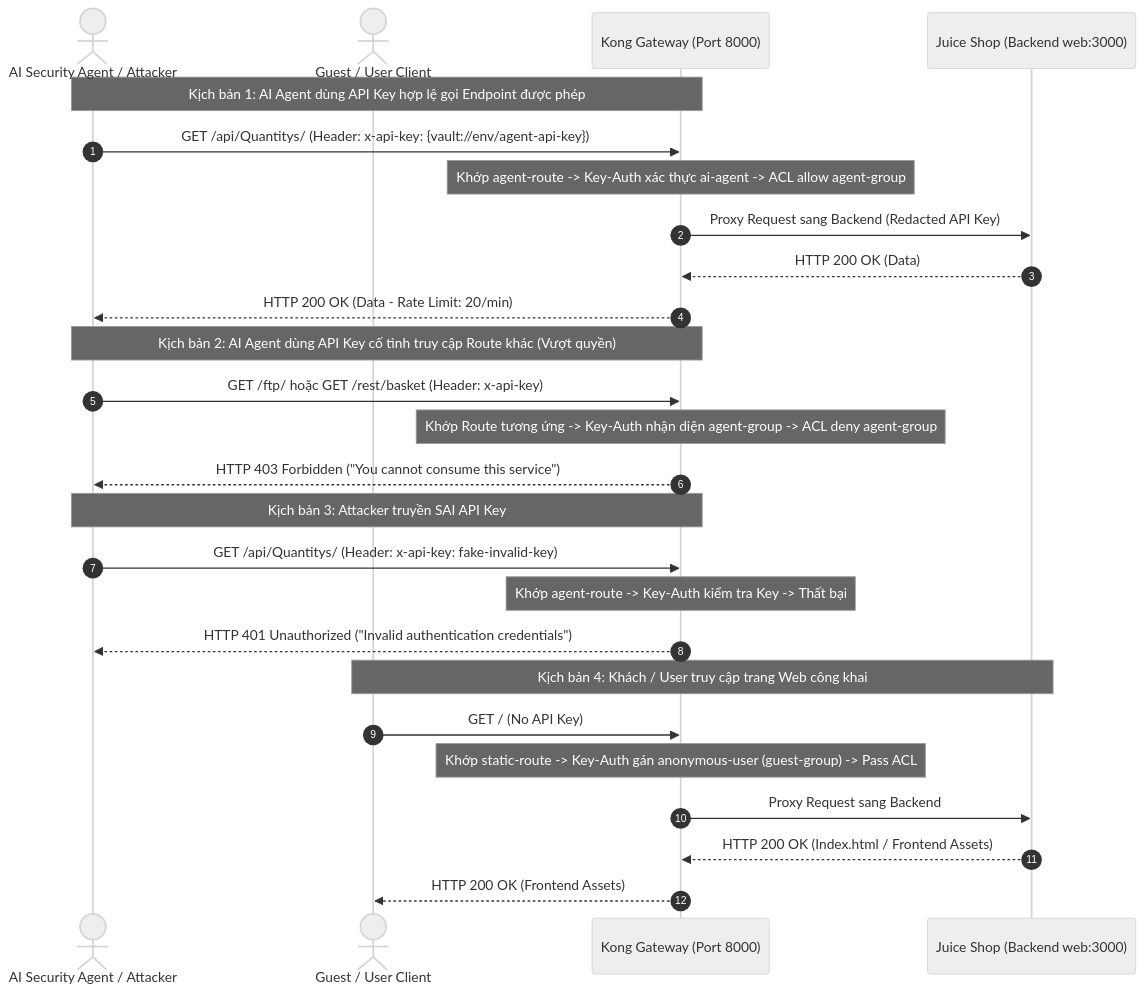
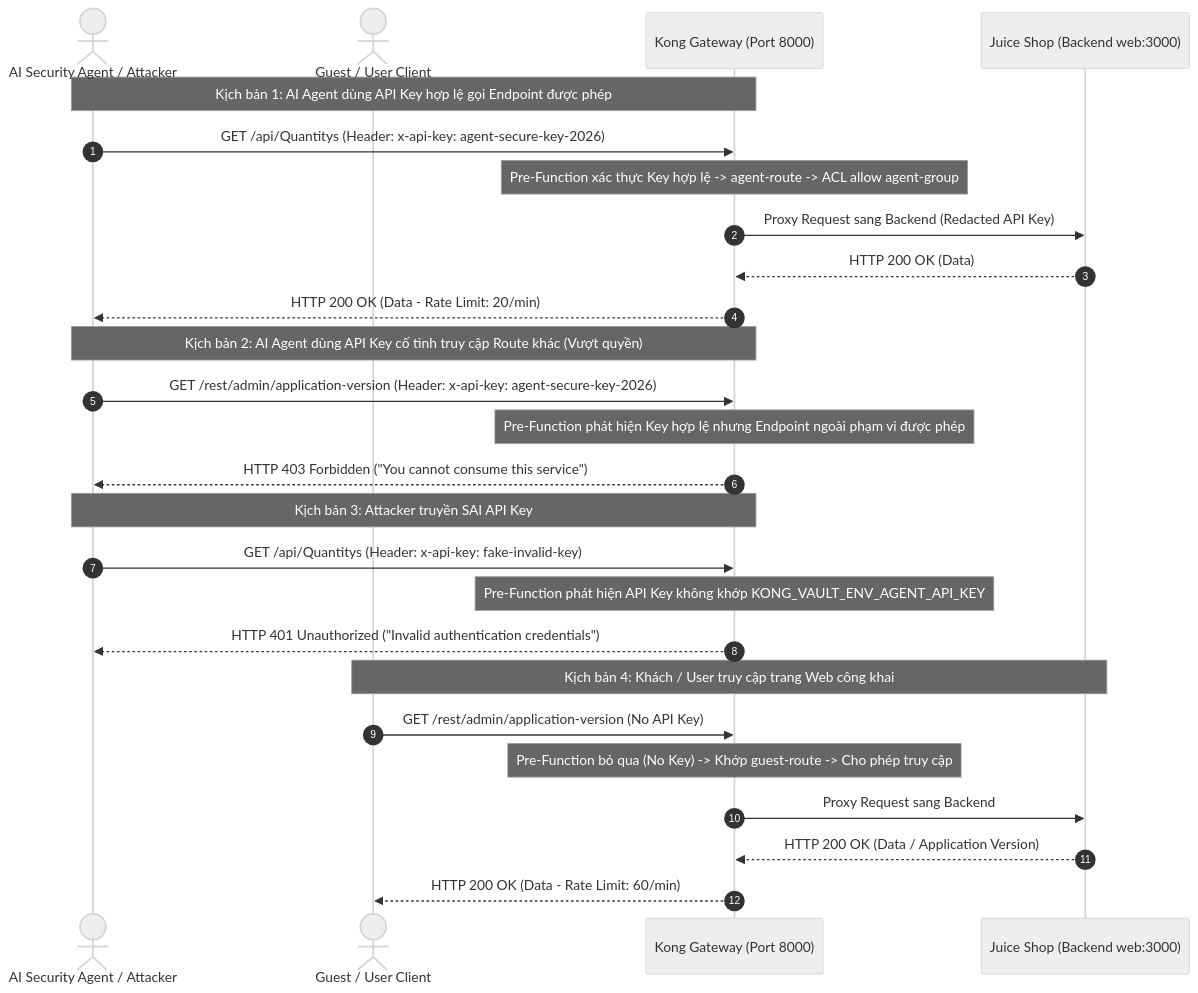
One commit to HuanNT03/SOC_Gateway_for_Juice-shop changed the second of 2 diagrams in docs/reports/week4-report.md. Above: the diagram before and after it, drawn with Mermaid (neutral theme). The commit also changed other lines of this file, not shown here.

Commit message:
docs(report): update Mermaid architecture and sequence diagrams for Pre-Function Zero Trust Policy

````diff
--- a/docs/reports/week4-report.md
+++ b/docs/reports/week4-report.md
@@ -53,32 +44,32 @@
 ```mermaid
 sequenceDiagram
     autonumber
     actor Agent as AI Security Agent / Attacker
     actor Client as Guest / User Client
     participant Kong as Kong Gateway (Port 8000)
     participant Juice as Juice Shop (Backend web:3000)
 
     Note over Agent, Kong: Kịch bản 1: AI Agent dùng API Key hợp lệ gọi Endpoint được phép
-    Agent->>Kong: GET /api/Quantitys/ (Header: x-api-key: {vault://env/agent-api-key})
-    Note over Kong: Khớp agent-route -> Key-Auth xác thực ai-agent -> ACL allow agent-group
+    Agent->>Kong: GET /api/Quantitys (Header: x-api-key: agent-secure-key-2026)
+    Note over Kong: Pre-Function xác thực Key hợp lệ -> agent-route -> ACL allow agent-group
     Kong->>Juice: Proxy Request sang Backend (Redacted API Key)
     Juice-->>Kong: HTTP 200 OK (Data)
     Kong-->>Agent: HTTP 200 OK (Data - Rate Limit: 20/min)
 
     Note over Agent, Kong: Kịch bản 2: AI Agent dùng API Key cố tình truy cập Route khác (Vượt quyền)
-    Agent->>Kong: GET /ftp/ hoặc GET /rest/basket (Header: x-api-key)
-    Note over Kong: Khớp Route tương ứng -> Key-Auth nhận diện agent-group -> ACL deny agent-group
+    Agent->>Kong: GET /rest/admin/application-version (Header: x-api-key: agent-secure-key-2026)
+    Note over Kong: Pre-Function phát hiện Key hợp lệ nhưng Endpoint ngoài phạm vi được phép
     Kong-->>Agent: HTTP 403 Forbidden ("You cannot consume this service")
 
     Note over Agent, Kong: Kịch bản 3: Attacker truyền SAI API Key
-    Agent->>Kong: GET /api/Quantitys/ (Header: x-api-key: fake-invalid-key)
-    Note over Kong: Khớp agent-route -> Key-Auth kiểm tra Key -> Thất bại
+    Agent->>Kong: GET /api/Quantitys (Header: x-api-key: fake-invalid-key)
+    Note over Kong: Pre-Function phát hiện API Key không khớp KONG_VAULT_ENV_AGENT_API_KEY
     Kong-->>Agent: HTTP 401 Unauthorized ("Invalid authentication credentials")
 
     Note over Client, Juice: Kịch bản 4: Khách / User truy cập trang Web công khai
-    Client->>Kong: GET / (No API Key)
-    Note over Kong: Khớp static-route -> Key-Auth gán anonymous-user (guest-group) -> Pass ACL
+    Client->>Kong: GET /rest/admin/application-version (No API Key)
+    Note over Kong: Pre-Function bỏ qua (No Key) -> Khớp guest-route -> Cho phép truy cập
     Kong->>Juice: Proxy Request sang Backend
-    Juice-->>Kong: HTTP 200 OK (Index.html / Frontend Assets)
-    Kong-->>Client: HTTP 200 OK (Frontend Assets)
+    Juice-->>Kong: HTTP 200 OK (Data / Application Version)
+    Kong-->>Client: HTTP 200 OK (Data - Rate Limit: 60/min)
 ```
````
